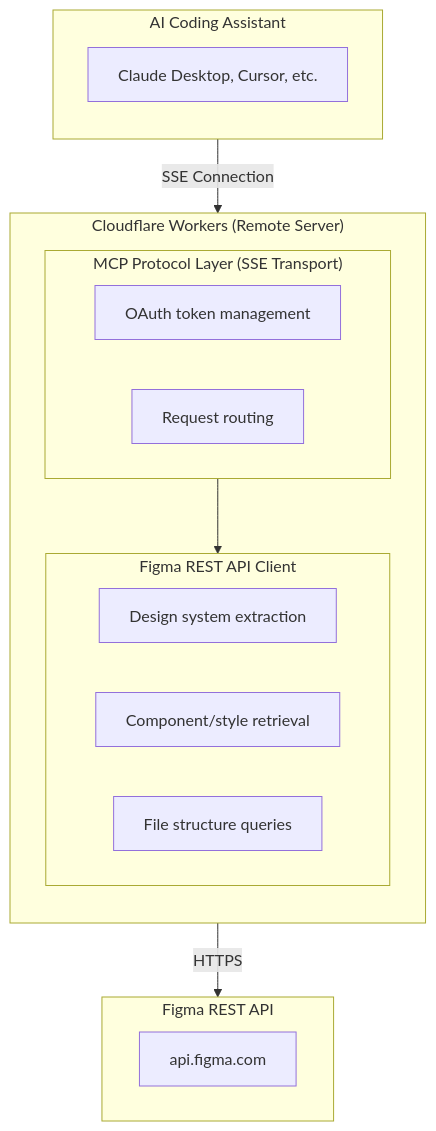
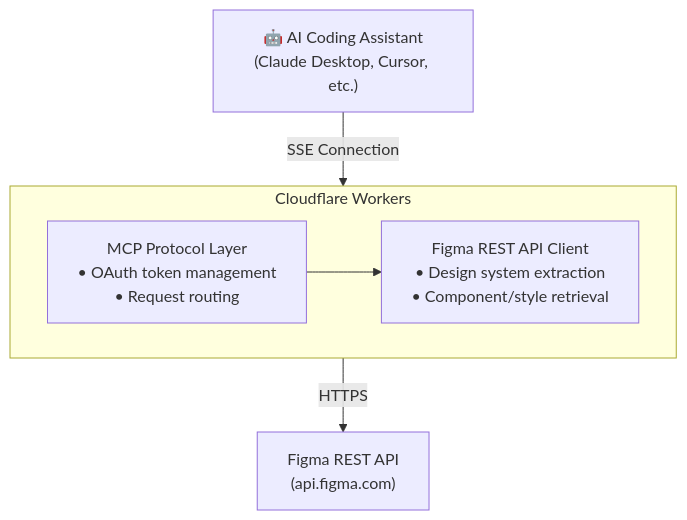
The first of 6 diagrams in docs/architecture.md (southleft/figma-console-mcp), drawn with Mermaid before and after one commit. The commit also changed other lines of this file, not shown here.

First line of the commit message:
fix(docs): Simplify Mermaid diagrams to prevent text collisions

````diff
--- a/docs/architecture.md
+++ b/docs/architecture.md
@@ -18,28 +18,14 @@
 ```mermaid
 flowchart TB
-    subgraph AI["AI Coding Assistant"]
-        direction TB
-        A1["Claude Desktop, Cursor, etc."]
-    end
+    AI["🤖 AI Coding Assistant<br/>(Claude Desktop, Cursor, etc.)"]
 
-    subgraph CF["Cloudflare Workers (Remote Server)"]
-        direction TB
-        subgraph MCP["MCP Protocol Layer (SSE Transport)"]
-            M1["OAuth token management"]
-            M2["Request routing"]
-        end
-        subgraph REST["Figma REST API Client"]
-            R1["Design system extraction"]
-            R2["Component/style retrieval"]
-            R3["File structure queries"]
-        end
+    AI -->|"SSE Connection"| CF
+
+    subgraph CF["Cloudflare Workers"]
+        MCP["MCP Protocol Layer<br/>• OAuth token management<br/>• Request routing"]
+        REST["Figma REST API Client<br/>• Design system extraction<br/>• Component/style retrieval"]
         MCP --> REST
     end
 
-    subgraph FIG["Figma REST API"]
-        F1["api.figma.com"]
-    end
-
-    AI -->|"SSE Connection"| CF
-    CF -->|"HTTPS"| FIG
+    CF -->|"HTTPS"| FIG["Figma REST API<br/>(api.figma.com)"]
 ```
````
